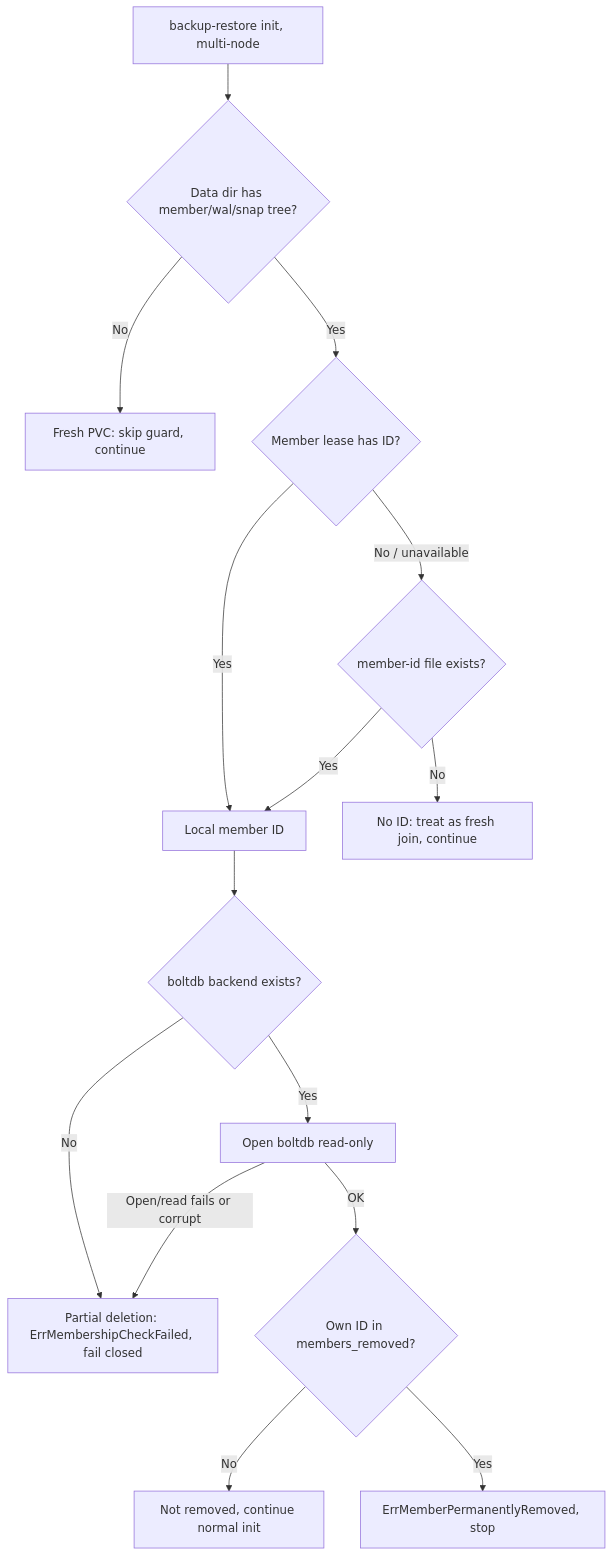
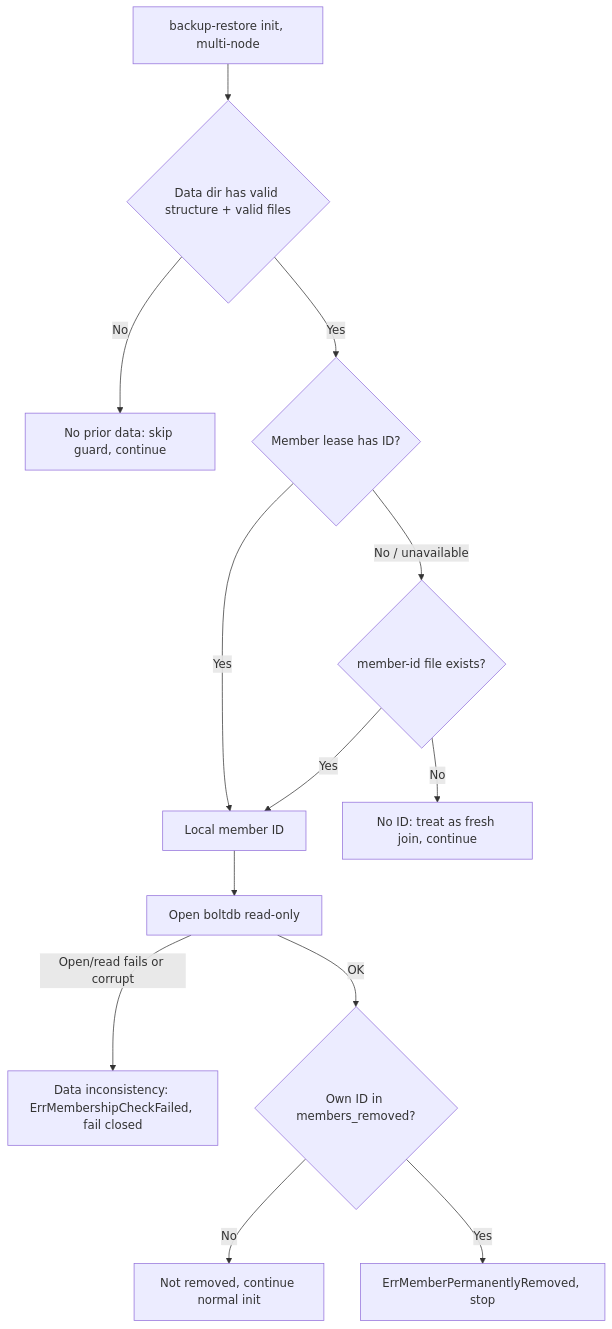
Before and after one commit to gardener/etcd-backup-restore: the diagram in docs/concepts/anti-rejoin-guard.md, drawn with Mermaid. The commit also changed other lines of this file and 1 other file, not shown here.

Commit message:
Address review comments from ishan
- Fix MemberIDFileName comment: caches -> persist
- Simplify mermaid flowchart: merge redundant boltdb-exists check into
  Open node, rename misleading labels (Fresh PVC -> No prior data,
  Partial deletion -> Data inconsistency)
- Clarify design decisions: drop partial-deletion language, consolidate
  boltdb error bullet, add explicit happy-path sentence

````diff
--- a/docs/concepts/anti-rejoin-guard.md
+++ b/docs/concepts/anti-rejoin-guard.md
@@ -23,17 +23,15 @@
 ```mermaid
 flowchart TD
-    Start[backup-restore init, multi-node] --> Data{Data dir has member/wal/snap tree?}
-    Data -->|No| Fresh[Fresh PVC: skip guard, continue]
+    Start[backup-restore init, multi-node] --> Data{Data dir has valid structure + valid files}
+    Data -->|No| Fresh[No prior data: skip guard, continue]
     Data -->|Yes| Lease{Member lease has ID?}
     Lease -->|Yes| Have[Local member ID]
     Lease -->|No / unavailable| File{member-id file exists?}
     File -->|No| NoID[No ID: treat as fresh join, continue]
     File -->|Yes| Have
-    Have --> DB{boltdb backend exists?}
-    DB -->|No| Failed[Partial deletion: ErrMembershipCheckFailed, fail closed]
-    DB -->|Yes| Open[Open boltdb read-only]
-    Open -->|Open/read fails or corrupt| Failed
+    Have --> Open[Open boltdb read-only]
+    Open -->|Open/read fails or corrupt| Failed[Data inconsistency: ErrMembershipCheckFailed, fail closed]
     Open -->|OK| Removed{Own ID in members_removed?}
     Removed -->|No| Continue[Not removed, continue normal init]
     Removed -->|Yes| Stop[ErrMemberPermanentlyRemoved, stop]
 ```
````
